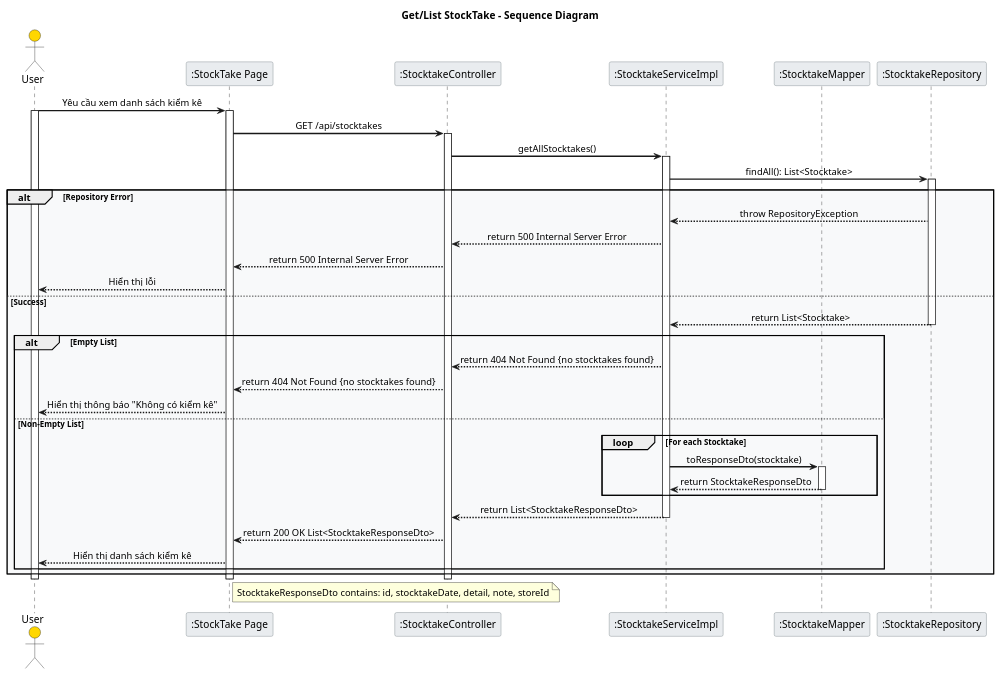
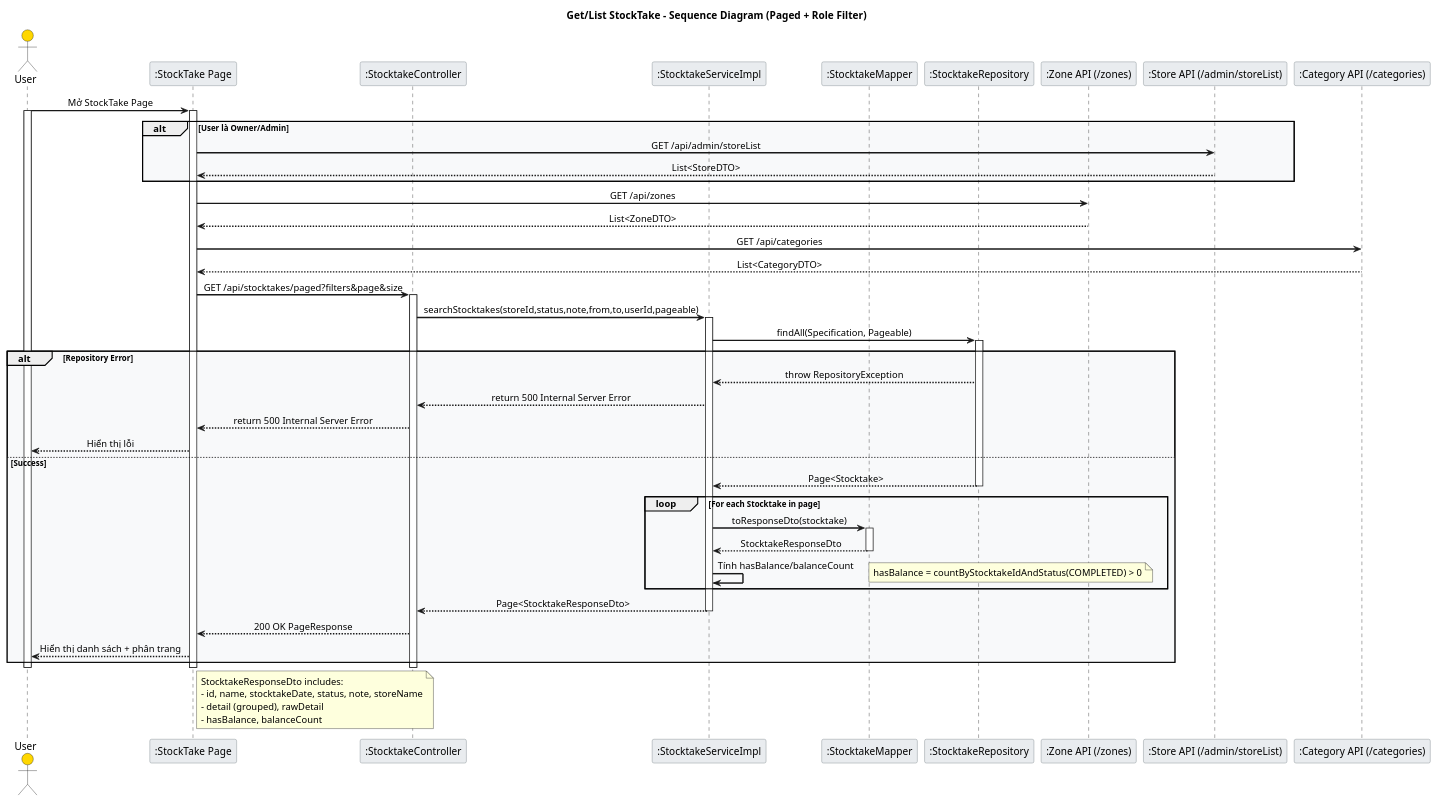
The diagram in Stocktake_Read_Sequence.puml (LamVNT/Farmovo), drawn with PlantUML before and after one commit. The commit also changed 11 other files, not shown here.

```diff
--- a/Stocktake_Read_Sequence.puml
+++ b/Stocktake_Read_Sequence.puml
@@ -1,64 +1,78 @@
 @startuml Stocktake_Read_Sequence
 
 skinparam backgroundColor white
 skinparam sequenceArrowThickness 2
 skinparam sequenceMessageAlign center
 skinparam sequenceGroupBodyBackgroundColor #F8F9FA
 skinparam sequenceParticipantBorderColor #6C757D
 skinparam sequenceParticipantBackgroundColor #E9ECEF
 skinparam sequenceLifeLineStroke dash
 skinparam actorBackgroundColor #FFD700
 
-title Get/List StockTake - Sequence Diagram
+title Get/List StockTake - Sequence Diagram (Paged + Role Filter)
 
 actor User
 participant ":StockTake Page" as UI
 participant ":StocktakeController" as CC
 participant ":StocktakeServiceImpl" as CS
 participant ":StocktakeMapper" as CM
 participant ":StocktakeRepository" as CR
+participant ":Zone API (/zones)" as ZoneAPI
+participant ":Store API (/admin/storeList)" as StoreAPI
+participant ":Category API (/categories)" as CategoryAPI
 
-User -> UI: Yêu cầu xem danh sách kiểm kê
+User -> UI: Mở StockTake Page
 activate User
 activate UI
-UI -> CC: GET /api/stocktakes
+
+alt User là Owner/Admin
+  UI -> StoreAPI: GET /api/admin/storeList
+  StoreAPI --> UI: List<StoreDTO>
+end
+UI -> ZoneAPI: GET /api/zones
+ZoneAPI --> UI: List<ZoneDTO>
+UI -> CategoryAPI: GET /api/categories
+CategoryAPI --> UI: List<CategoryDTO>
+
+UI -> CC: GET /api/stocktakes/paged?filters&page&size
 activate CC
-CC -> CS: getAllStocktakes()
+CC -> CS: searchStocktakes(storeId,status,note,from,to,userId,pageable)
 activate CS
-CS -> CR: findAll(): List<Stocktake>
+CS -> CR: findAll(Specification, Pageable)
 activate CR
 alt Repository Error
     CR --> CS: throw RepositoryException
     CS --> CC: return 500 Internal Server Error
     CC --> UI: return 500 Internal Server Error
     UI --> User: Hiển thị lỗi
 else Success
-    CR --> CS: return List<Stocktake>
+    CR --> CS: Page<Stocktake>
     deactivate CR
-    alt Empty List
-        CS --> CC: return 404 Not Found {no stocktakes found}
-        CC --> UI: return 404 Not Found {no stocktakes found}
-        UI --> User: Hiển thị thông báo "Không có kiểm kê"
-    else Non-Empty List
-        loop For each Stocktake
-            CS -> CM: toResponseDto(stocktake)
-            activate CM
-            CM --> CS: return StocktakeResponseDto
-            deactivate CM
-        end
-        CS --> CC: return List<StocktakeResponseDto>
-        deactivate CS
-        CC --> UI: return 200 OK List<StocktakeResponseDto>
-        UI --> User: Hiển thị danh sách kiểm kê
+    loop For each Stocktake in page
+        CS -> CM: toResponseDto(stocktake)
+        activate CM
+        CM --> CS: StocktakeResponseDto
+        deactivate CM
+        CS -> CS: Tính hasBalance/balanceCount
+        note right
+            hasBalance = countByStocktakeIdAndStatus(COMPLETED) > 0
+        end note
     end
+    CS --> CC: Page<StocktakeResponseDto>
+    deactivate CS
+    CC --> UI: 200 OK PageResponse
+    UI --> User: Hiển thị danh sách + phân trang
 end
 
 deactivate CC
 deactivate UI
 deactivate User
 
 note right of UI
-    StocktakeResponseDto contains: id, stocktakeDate, detail, note, storeId
+    StocktakeResponseDto includes:
+    - id, name, stocktakeDate, status, note, storeName
+    - detail (grouped), rawDetail
+    - hasBalance, balanceCount
 end note
 
 @enduml
```
